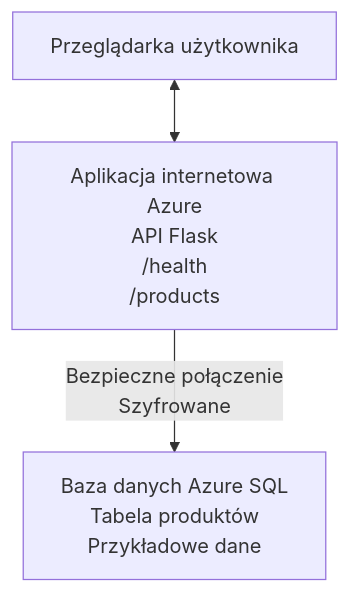
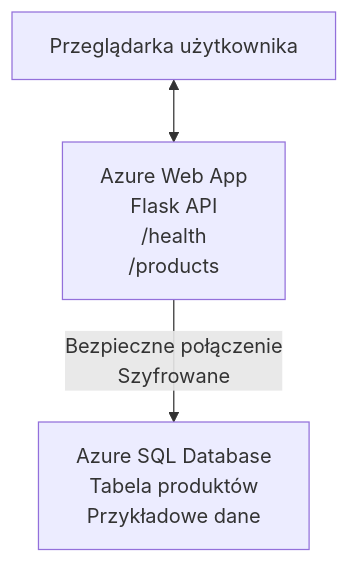
One commit to microsoft/AZD-for-beginners changed the diagram in translations/pl/examples/database-app/README.md. Above: the diagram before and after it, drawn with Mermaid. The commit also changed other lines of this file and 104 other files, not shown here.

````diff
--- a/translations/pl/examples/database-app/README.md
+++ b/translations/pl/examples/database-app/README.md
@@ -72,5 +72,5 @@
 ```mermaid
 graph TD
-    Browser[Przeglądarka użytkownika] <--> WebApp[Aplikacja internetowa Azure<br/>API Flask<br/>/health<br/>/products]
-    WebApp -- Bezpieczne połączenie<br/>Szyfrowane --> SQL[Baza danych Azure SQL<br/>Tabela produktów<br/>Przykładowe dane]
+    Browser[Przeglądarka użytkownika] <--> WebApp[Azure Web App<br/>Flask API<br/>/health<br/>/products]
+    WebApp -- Bezpieczne połączenie<br/>Szyfrowane --> SQL[Azure SQL Database<br/>Tabela produktów<br/>Przykładowe dane]
 ```
````
